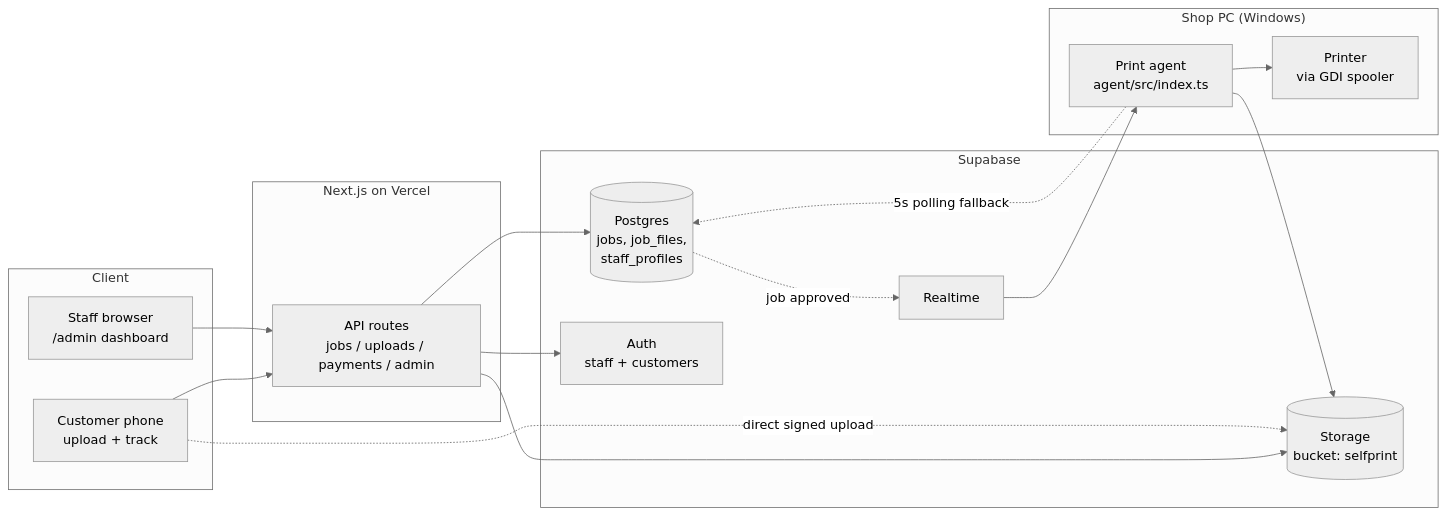
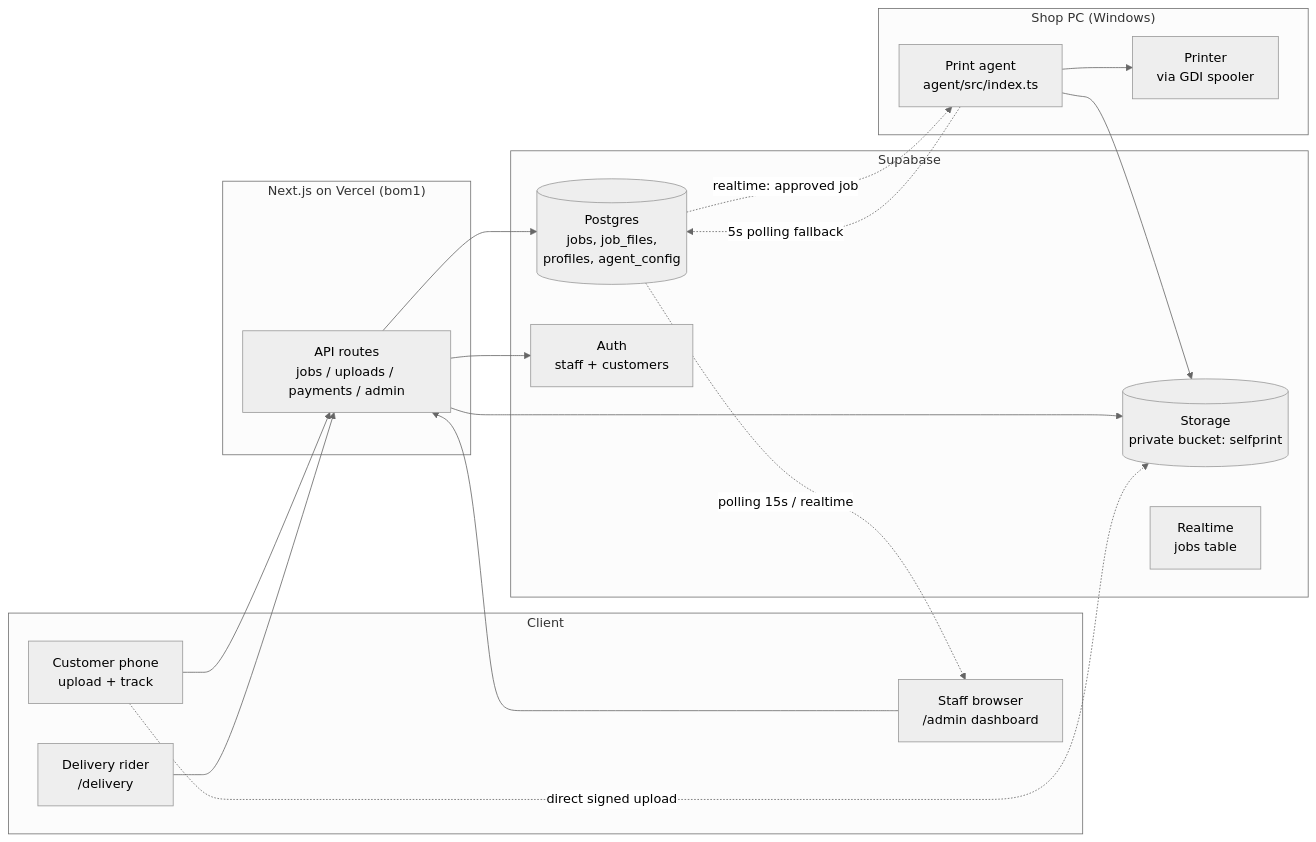
One commit to deba608/self_print changed the first of 5 diagrams in README.md. Above: the diagram before and after it, drawn with Mermaid (neutral theme). The commit also changed other lines of this file, not shown here.

````diff
--- a/README.md
+++ b/README.md
@@ -31,35 +49,37 @@
 ```mermaid
 flowchart LR
     subgraph Client
         C[Customer phone<br/>upload + track]
         S[Staff browser<br/>/admin dashboard]
+        R[Delivery rider<br/>/delivery]
     end
 
-    subgraph Vercel["Next.js on Vercel"]
+    subgraph Vercel["Next.js on Vercel (bom1)"]
         API[API routes<br/>jobs / uploads / payments / admin]
     end
 
     subgraph Supabase
-        DB[(Postgres<br/>jobs, job_files,<br/>staff_profiles)]
-        ST[(Storage<br/>bucket: selfprint)]
+        DB[(Postgres<br/>jobs, job_files,<br/>profiles, agent_config)]
+        ST[(Storage<br/>private bucket: selfprint)]
         AU[Auth<br/>staff + customers]
-        RT[Realtime]
+        RT[Realtime<br/>jobs table]
     end
 
     subgraph Shop["Shop PC (Windows)"]
         AG[Print agent<br/>agent/src/index.ts]
         PR[Printer<br/>via GDI spooler]
     end
 
     C --> API
     S --> API
+    R --> API
     API --> DB
     API --> ST
     API --> AU
     C -.direct signed upload.-> ST
-    DB -.job approved.-> RT
-    RT --> AG
+    DB -.realtime: approved job.-> AG
     AG -.5s polling fallback.-> DB
     AG --> ST
     AG --> PR
+    DB -.polling 15s / realtime.-> S
 ```
````
